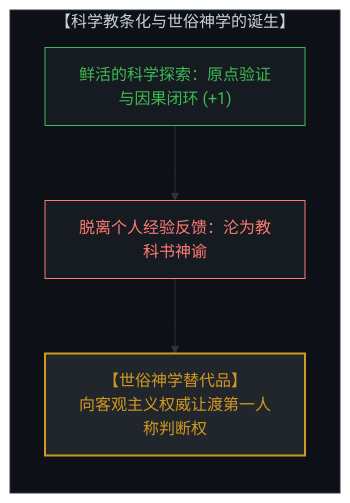
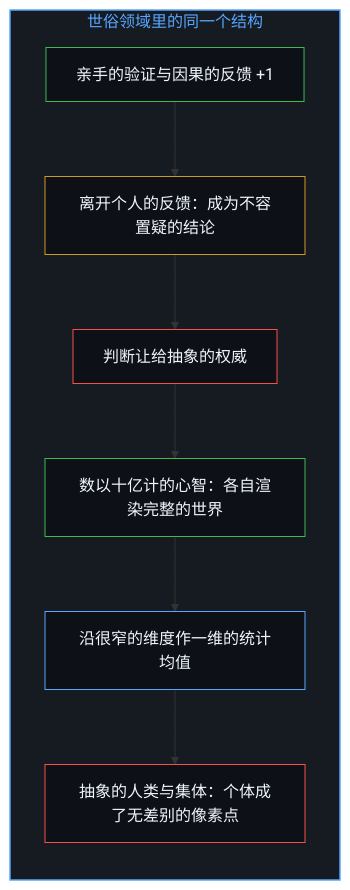
One commit to powerpig99/not-a-toe changed the fifth of 12 diagrams in content/posts/the-origin-of-god-and-the-flattening-of-we.md. Above: the diagram before and after it, drawn with Mermaid. The commit also changed other lines of this file and 2 other files, not shown here.

Commit message:
Refine the-origin-of-god: alternating bilingual layout, six paired diagrams, the overview as a reading, implicit first person

````diff
--- a/content/posts/the-origin-of-god-and-the-flattening-of-we.md
+++ b/content/posts/the-origin-of-god-and-the-flattening-of-we.md
@@ -117,15 +129,25 @@
 ```mermaid
-graph TD
-    subgraph SecularDogma["【科学教条化与世俗神学的诞生】"]
+flowchart TD
+    subgraph S_Mean["世俗领域里的同一个结构"]
         direction TB
-        LivingEmpiricism["鲜活的科学探索：原点验证与因果闭环 (+1)"]
-        DecoupledAuthority["脱离个人经验反馈：沦为教科书神谕"]
-        DogmaticSurrogate["【世俗神学替代品】<br>向客观主义权威让渡第一人称判断权"]
-        LivingEmpiricism --> DecoupledAuthority
-        DecoupledAuthority --> DogmaticSurrogate
+        Verify["亲手的验证与因果的反馈 +1"]
+        Textbook["离开个人的反馈：成为不容置疑的结论"]
+        Authority["判断让给抽象的权威"]
+        Minds["数以十亿计的心智：各自渲染完整的世界"]
+        Average["沿很窄的维度作一维的统计均值"]
+        Pixel["抽象的人类与集体：个体成了无差别的像素点"]
+        Verify --> Textbook
+        Textbook --> Authority
+        Minds --> Average
+        Average --> Pixel
+        Authority --> Minds
     end
-    style SecularDogma fill:#0d1117,stroke:#30363d,stroke-width:1px,color:#c9d1d9
-    style LivingEmpiricism fill:#161b22,stroke:#3fb950,stroke-width:1px,color:#3fb950
-    style DecoupledAuthority fill:#161b22,stroke:#ff7b72,stroke-width:1px,color:#ff7b72
-    style DogmaticSurrogate fill:#21262d,stroke:#d29922,stroke-width:2px,color:#d29922
+
+    style S_Mean fill:#161b22,stroke:#58a6ff,stroke-width:1.5px,color:#58a6ff
+    style Verify fill:#0d1117,stroke:#3fb950,stroke-width:1px,color:#f0f6fc
+    style Textbook fill:#0d1117,stroke:#d29922,stroke-width:1px,color:#f0f6fc
+    style Authority fill:#0d1117,stroke:#f85149,stroke-width:1px,color:#f0f6fc
+    style Minds fill:#0d1117,stroke:#3fb950,stroke-width:1px,color:#f0f6fc
+    style Average fill:#0d1117,stroke:#58a6ff,stroke-width:1px,color:#f0f6fc
+    style Pixel fill:#0d1117,stroke:#f85149,stroke-width:1px,color:#f0f6fc
 ```
````
